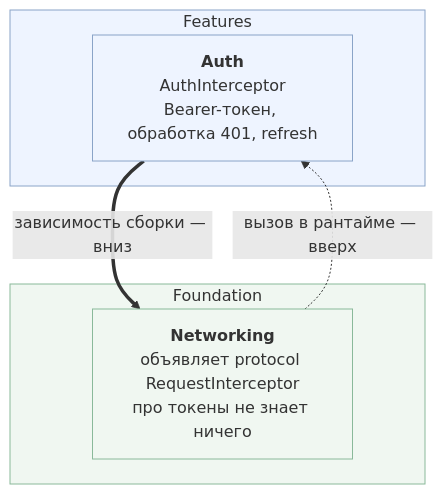
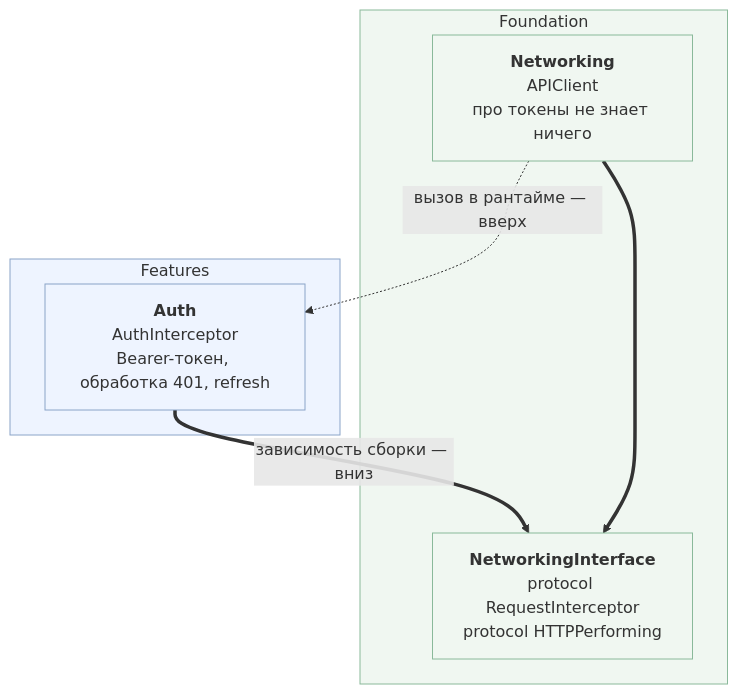
Before and after one commit to yklishevich/kufar-ios-demo: the fourth of 15 diagrams in kufar-architecture.md, drawn with Mermaid. The commit also changed other lines of this file and 3 other files, not shown here.

````diff
--- a/kufar-architecture.md
+++ b/kufar-architecture.md
@@ -233,18 +233,21 @@
 ```mermaid
 graph TD
     subgraph feat["Features"]
         Auth["<b>Auth</b><br/>AuthInterceptor<br/>Bearer-токен, обработка 401, refresh"]
     end
 
     subgraph found["Foundation"]
-        Net["<b>Networking</b><br/>объявляет protocol RequestInterceptor<br/>про токены не знает ничего"]
+        Iface["<b>NetworkingInterface</b><br/>protocol RequestInterceptor<br/>protocol HTTPPerforming"]
+        Net["<b>Networking</b><br/>APIClient<br/>про токены не знает ничего"]
     end
 
-    Auth ==>|"зависимость сборки — вниз"| Net
+    Auth ==>|"зависимость сборки — вниз"| Iface
+    Net ==> Iface
     Net -.->|"вызов в рантайме — вверх"| Auth
 
     style feat fill:#eef4ff,stroke:#8aa4c8
     style found fill:#f0f7f1,stroke:#8ab99a
     style Auth fill:#eef4ff,stroke:#8aa4c8
+    style Iface fill:#f0f7f1,stroke:#8ab99a
     style Net fill:#f0f7f1,stroke:#8ab99a
 ```
````
